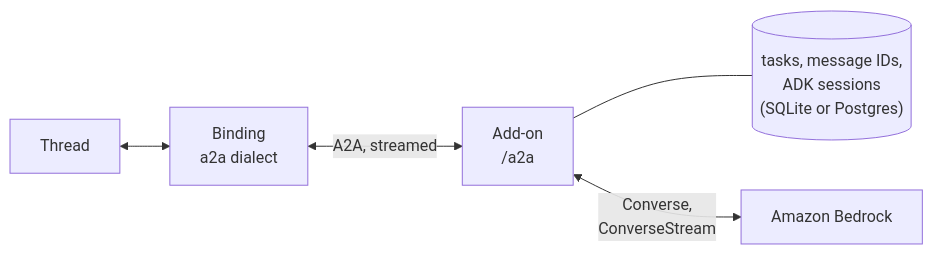
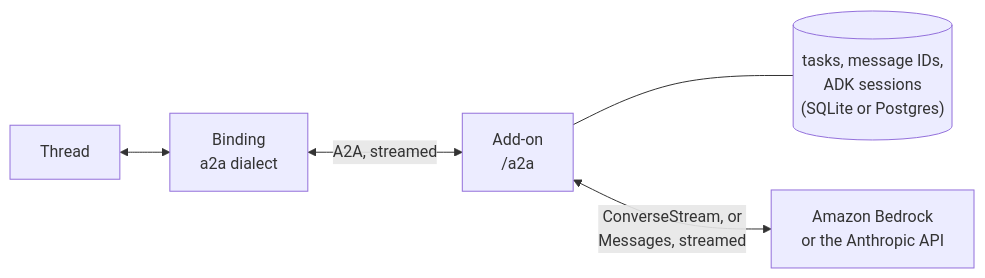
Before and after one commit to agentkourier/agent-kourier: the first of 2 diagrams in docs/reference/ax.md, drawn with Mermaid. The commit also changed other lines of this file and 7 other files, not shown here.

First line of the commit message:
docs(addons): document the AX add-on on the Anthropic API

````diff
--- a/docs/reference/ax.md
+++ b/docs/reference/ax.md
@@ -9,7 +9,7 @@
 ```mermaid
 flowchart LR
   thread[Thread] <--> binding["Binding<br/>a2a dialect"]
   binding <-- "A2A, streamed" --> addon["Add-on<br/>/a2a"]
   addon --- store[("tasks, message IDs,<br/>ADK sessions<br/>(SQLite or Postgres)")]
-  addon <-- "Converse,<br/>ConverseStream" --> bedrock["Amazon Bedrock"]
+  addon <-- "ConverseStream, or<br/>Messages, streamed" --> model["Amazon Bedrock<br/>or the Anthropic API"]
 ```
````
